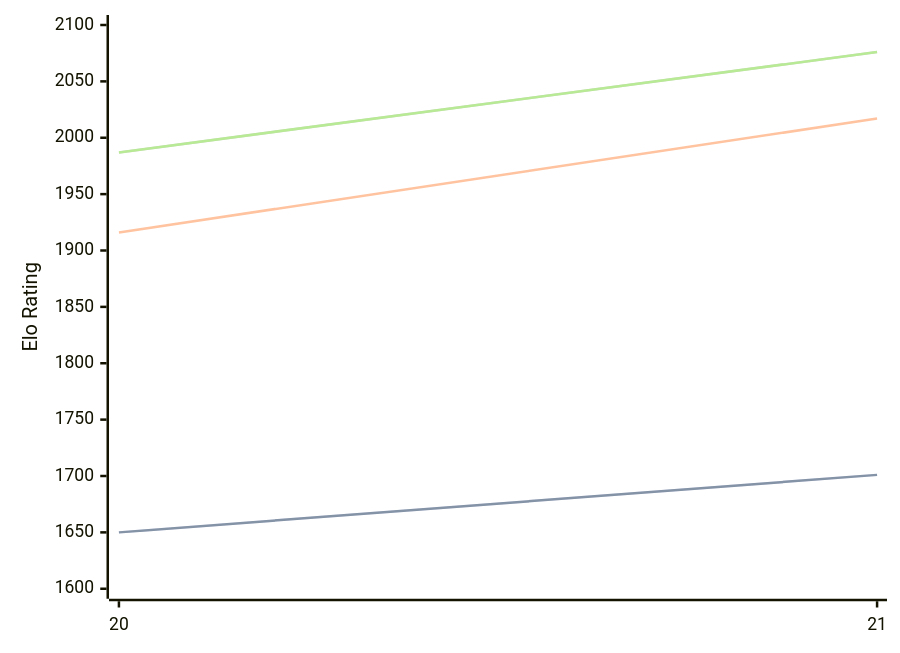
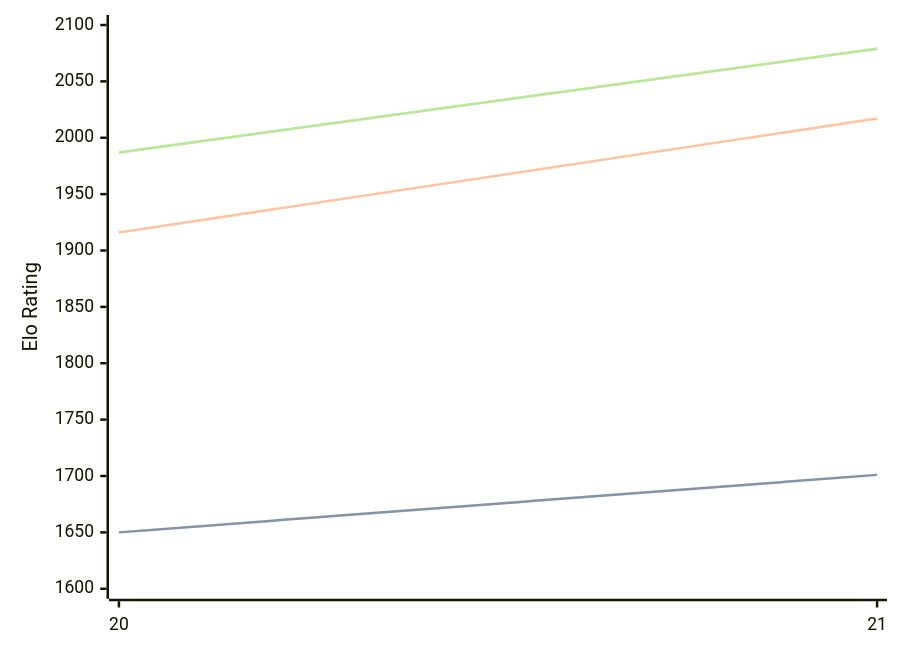
One commit to computer-chess-index/cci changed the diagram in engines/PurplePanda.md. Above: the diagram before and after it, drawn with Mermaid. The commit also changed other lines of this file, not shown here.

Commit message:
Update CCI Ratings (ELO VLTC) - 2026-10-08

````diff
--- a/engines/PurplePanda.md
+++ b/engines/PurplePanda.md
@@ -32,11 +32,11 @@
 ```mermaid
 %%{init: {"theme":"base","themeVariables":{"seriesColors:['#a3a3a3','#222221','#faa371']}}}%%
 xychart-beta
   x-axis ["20", "21"]
   y-axis "Elo Rating" 1600 --> 2100
   line "" [1650, 1701]
   line "STC (8.0+0.08s)" [1650, 1701]
   line "LTC (60.0+0.60s)" [1916, 2017]
-  line "" [1987, 2076]
-  line "VLTC (2m24s+1.12s)" [1987, 2076]
+  line "" [1987, 2079]
+  line "VLTC (2m24s+1.12s)" [1987, 2079]
 ```
````
